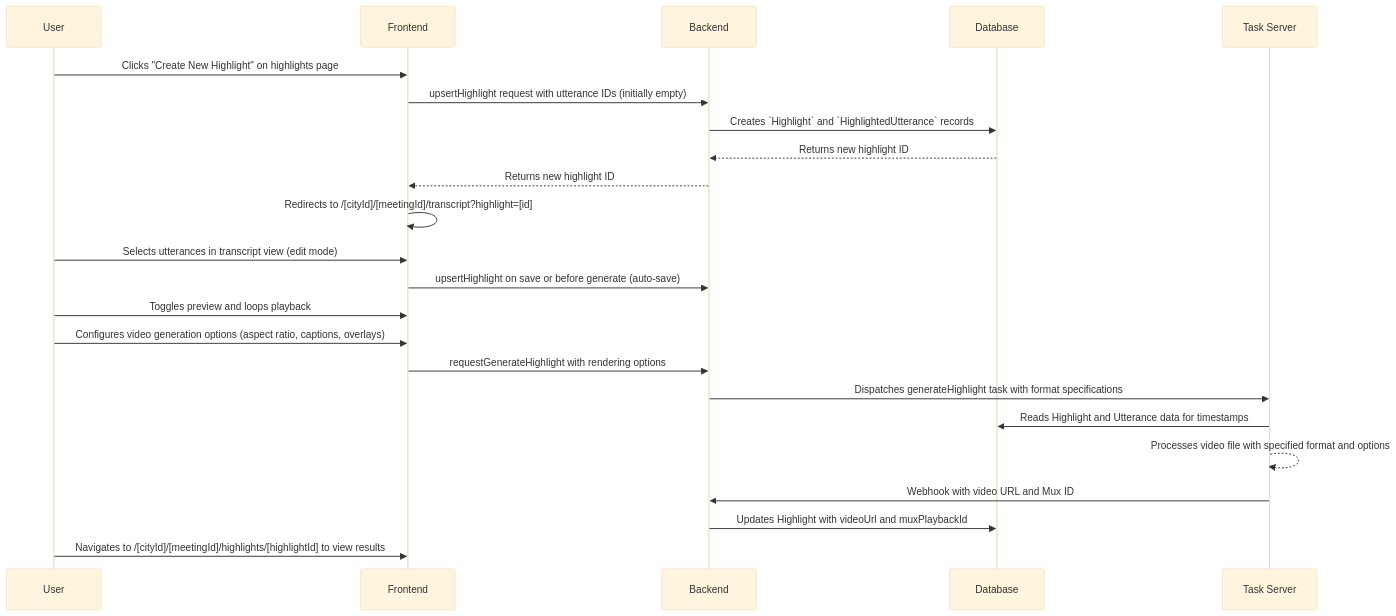
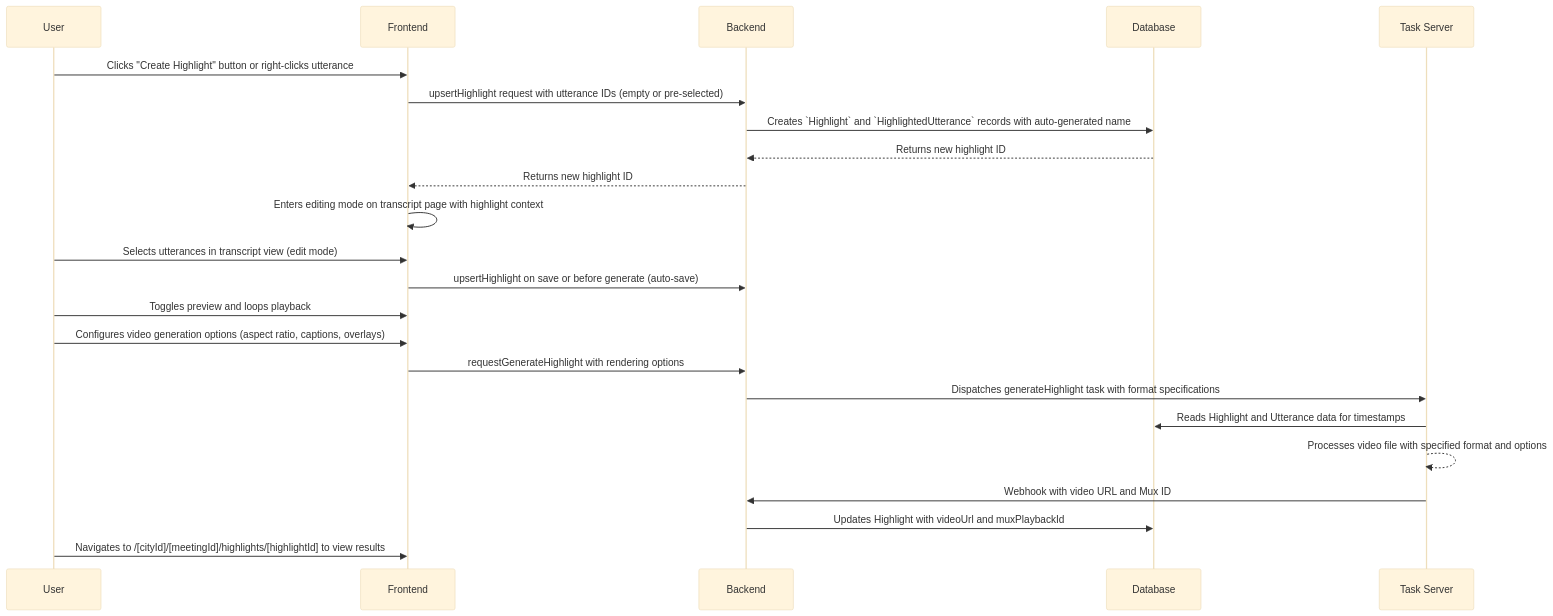
One commit to schemalabz/opencouncil changed the diagram in docs/guides/meeting-highlights.md. Above: the diagram before and after it, drawn with Mermaid (base theme). The commit also changed other lines of this file and 7 other files, not shown here.

First line of the commit message:
feat(highlights): improve highlight creation flow

````diff
--- a/docs/guides/meeting-highlights.md
+++ b/docs/guides/meeting-highlights.md
@@ -43,26 +43,26 @@
 ```mermaid
 sequenceDiagram
     participant User
     participant Frontend
     participant Backend
     participant Database
     participant Task Server
 
-    User->>Frontend: Clicks "Create New Highlight" on highlights page
-    Frontend->>Backend: upsertHighlight request with utterance IDs (initially empty)
-    Backend->>Database: Creates `Highlight` and `HighlightedUtterance` records
+    User->>Frontend: Clicks "Create Highlight" button or right-clicks utterance
+    Frontend->>Backend: upsertHighlight request with utterance IDs (empty or pre-selected)
+    Backend->>Database: Creates `Highlight` and `HighlightedUtterance` records with auto-generated name
     Database-->>Backend: Returns new highlight ID
     Backend-->>Frontend: Returns new highlight ID
-    Frontend->>Frontend: Redirects to /[cityId]/[meetingId]/transcript?highlight=[id]
+    Frontend->>Frontend: Enters editing mode on transcript page with highlight context
     User->>Frontend: Selects utterances in transcript view (edit mode)
     Frontend->>Backend: upsertHighlight on save or before generate (auto-save)
     User->>Frontend: Toggles preview and loops playback
     User->>Frontend: Configures video generation options (aspect ratio, captions, overlays)
     Frontend->>Backend: requestGenerateHighlight with rendering options
     Backend->>Task Server: Dispatches generateHighlight task with format specifications
     Task Server->>Database: Reads Highlight and Utterance data for timestamps
     Task Server-->>Task Server: Processes video file with specified format and options
     Task Server->>Backend: Webhook with video URL and Mux ID
     Backend->>Database: Updates Highlight with videoUrl and muxPlaybackId
     User->>Frontend: Navigates to /[cityId]/[meetingId]/highlights/[highlightId] to view results
 ```
````
